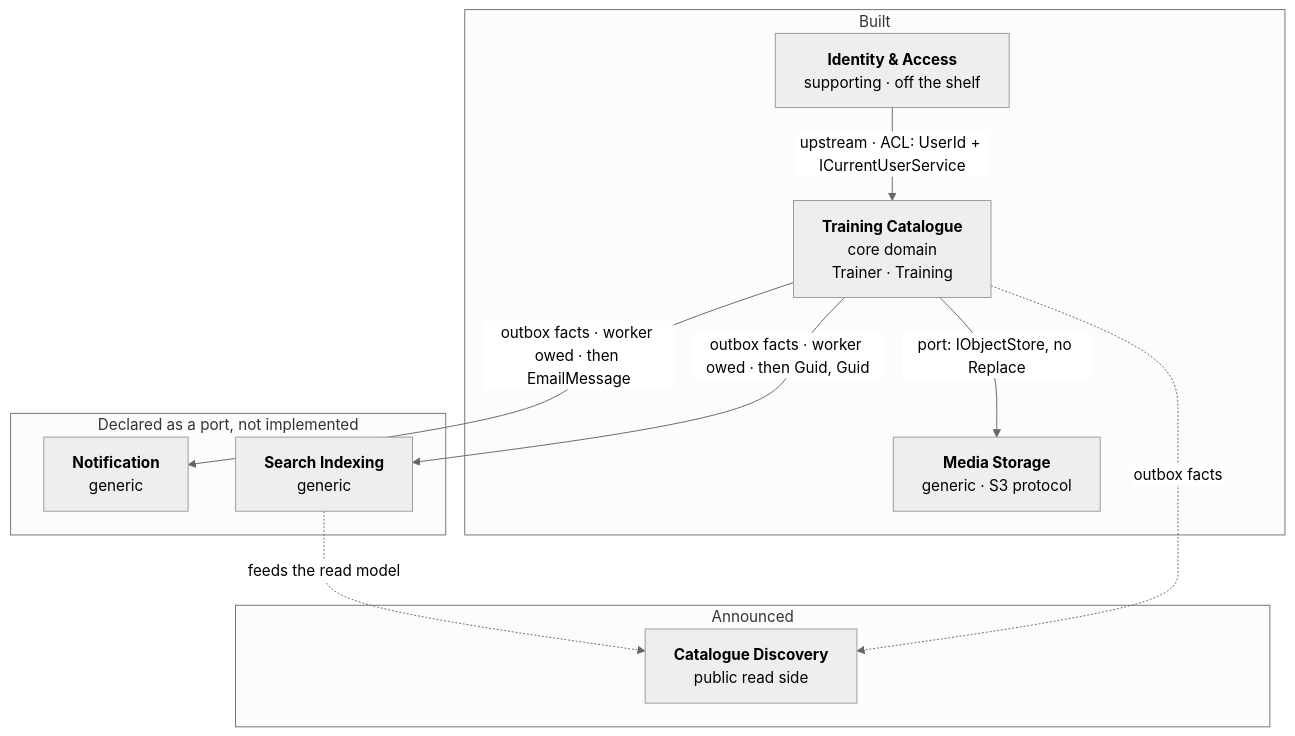
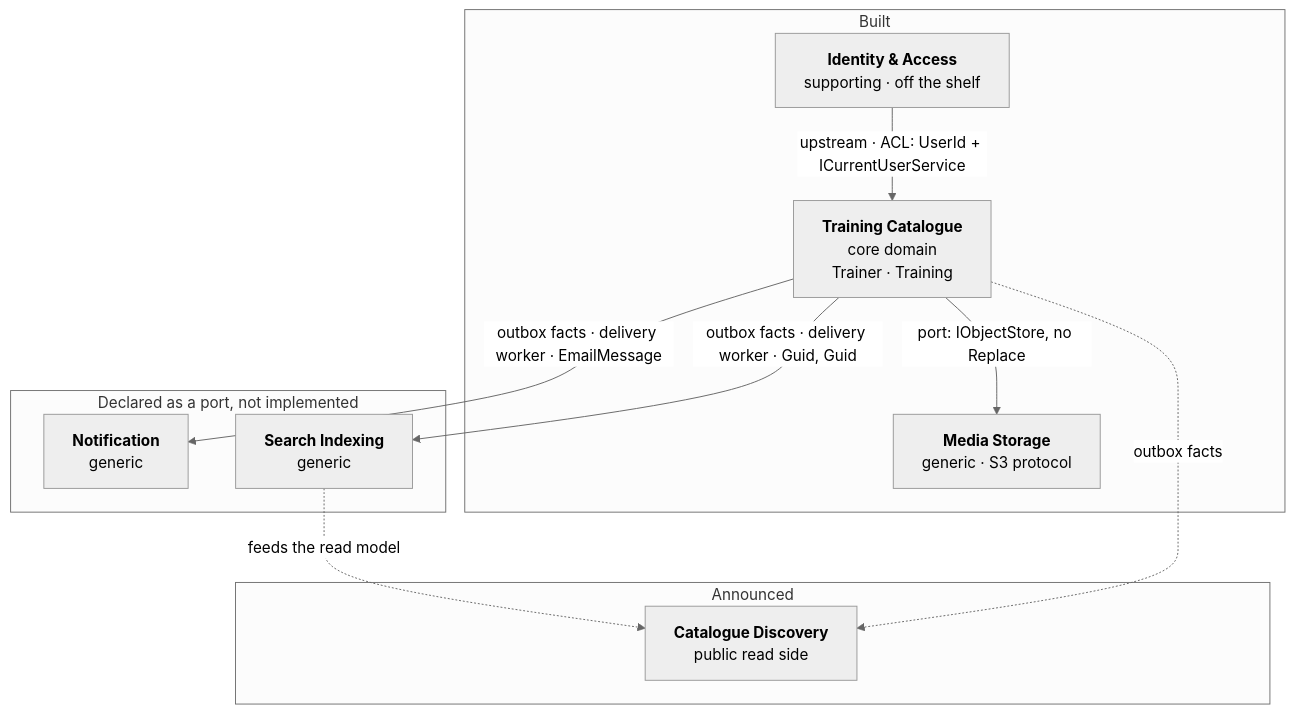
The diagram in docs/strategic-design/context-map.md (maxime-poulain/BLRefactoring), drawn with Mermaid (neutral theme) before and after one commit. The commit also changed other lines of this file and 31 other files, not shown here.

````diff
--- a/docs/strategic-design/context-map.md
+++ b/docs/strategic-design/context-map.md
@@ -9,24 +9,24 @@
 ```mermaid
 flowchart TB
     subgraph built ["Built"]
         TC["<b>Training Catalogue</b><br/>core domain<br/>Trainer · Training"]
         IA["<b>Identity &amp; Access</b><br/>supporting · off the shelf"]
         MS["<b>Media Storage</b><br/>generic · S3 protocol"]
     end
 
     subgraph ports ["Declared as a port, not implemented"]
         NT["<b>Notification</b><br/>generic"]
         SI["<b>Search Indexing</b><br/>generic"]
     end
 
     subgraph planned ["Announced"]
         CD["<b>Catalogue Discovery</b><br/>public read side"]
     end
 
     IA -- "upstream · ACL: UserId + ICurrentUserService" --> TC
-    TC -- "outbox facts · worker owed · then EmailMessage" --> NT
-    TC -- "outbox facts · worker owed · then Guid, Guid" --> SI
+    TC -- "outbox facts · delivery worker · EmailMessage" --> NT
+    TC -- "outbox facts · delivery worker · Guid, Guid" --> SI
     TC -- "port: IObjectStore, no Replace" --> MS
     SI -. "feeds the read model" .-> CD
     TC -. "outbox facts" .-> CD
 ```
````
